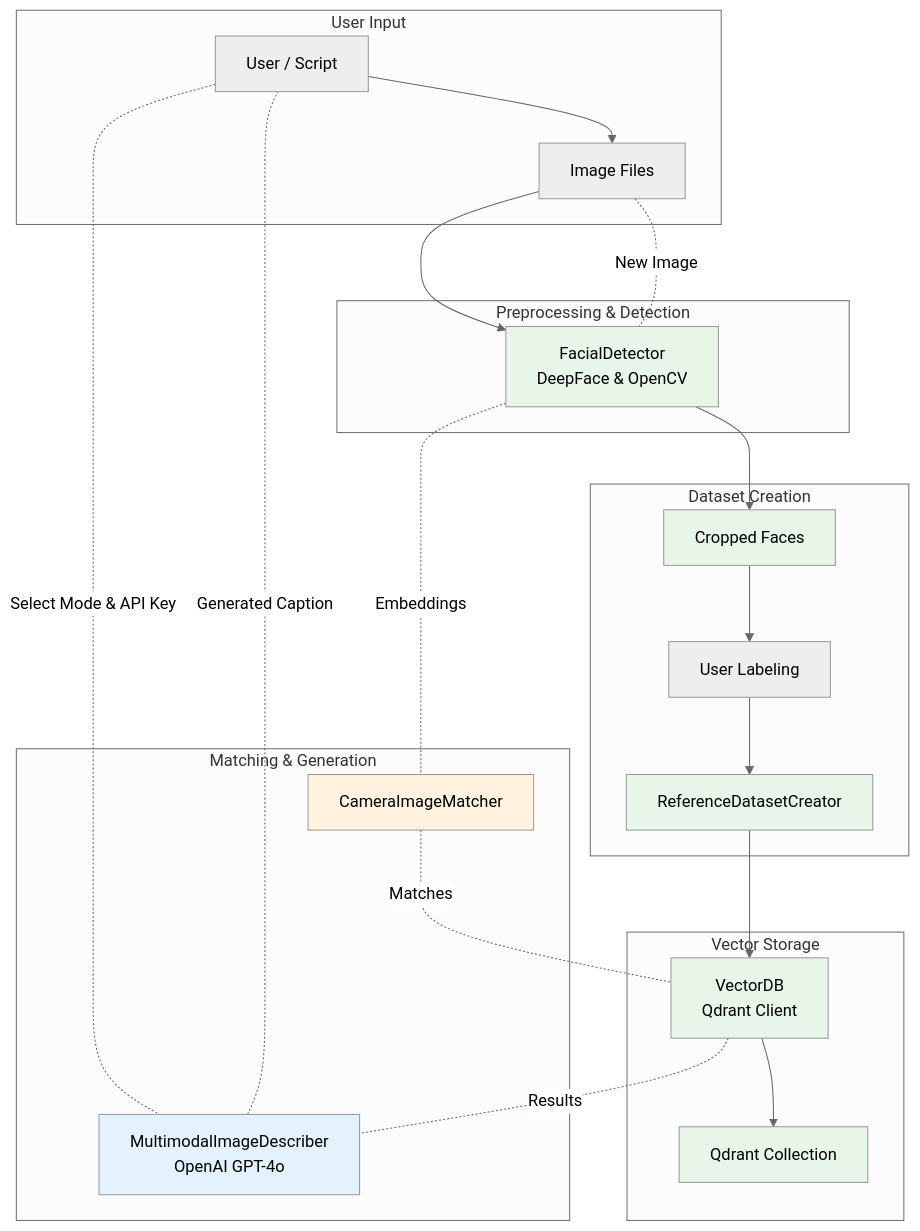
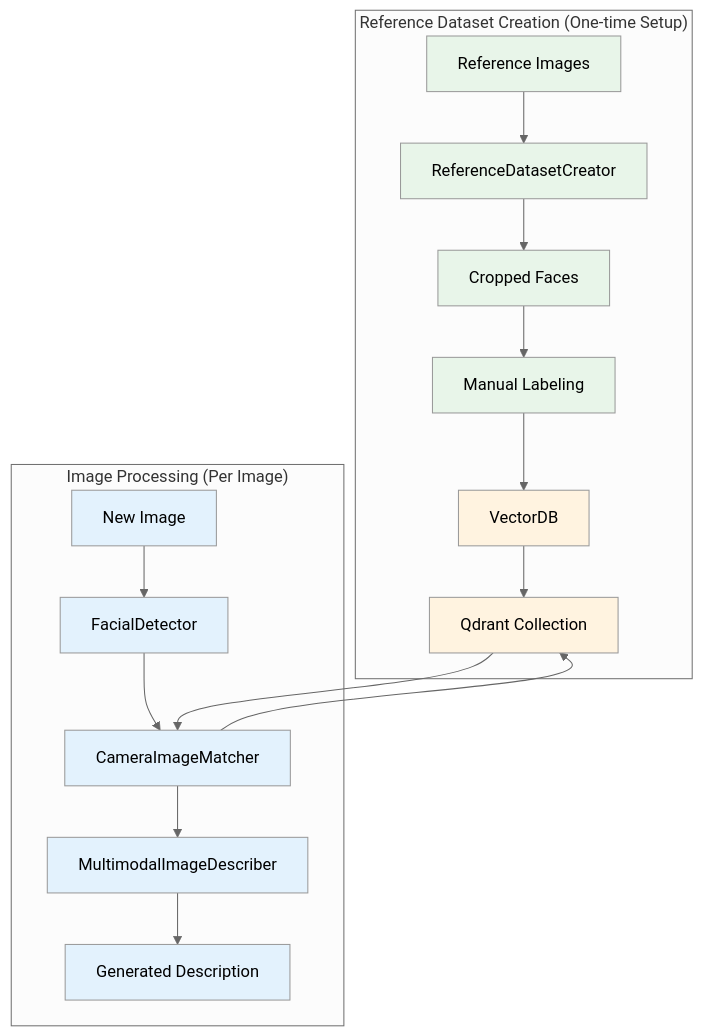
The diagram in README.md (AtishaRajpurohit/multimodal-rag), drawn with Mermaid (neutral theme) before and after one commit. The commit also changed other lines of this file and 1 other file, not shown here.

````diff
--- a/README.md
+++ b/README.md
@@ -58,51 +59,45 @@
 ```mermaid
 graph TB
-    %% Input and pre-processing
-    subgraph "User Input"
-        U[User / Script]
-        I[Image Files]
-    end
-
-    subgraph "Preprocessing & Detection"
-        FD[FacialDetector<br/>DeepFace & OpenCV]
-    end
-
-    subgraph "Dataset Creation"
+    %% Reference Dataset Creation (Independent Workflow)
+    subgraph "Reference Dataset Creation (One-time Setup)"
+        RDC[ReferenceDatasetCreator]
+        RefImages[Reference Images]
         Crops[Cropped Faces]
-        Label[User Labeling]
-        RDC[ReferenceDatasetCreator]
-    end
-
-    subgraph "Vector Storage"
-        VDB[VectorDB<br/>Qdrant Client]
+        Label[Manual Labeling]
+        VDB[VectorDB]
         QD[Qdrant Collection]
     end
 
-    subgraph "Matching & Generation"
+    %% Image Processing Workflow
+    subgraph "Image Processing (Per Image)"
+        NewImage[New Image]
+        FD[FacialDetector]
         CIM[CameraImageMatcher]
-        MID[MultimodalImageDescriber<br/>OpenAI GPT-4o]
+        MID[MultimodalImageDescriber]
+        Result[Generated Description]
     end
 
-    %% Data flows for dataset creation
-    U --> I --> FD
-    FD --> Crops
+    %% Reference dataset flow
+    RefImages --> RDC
+    RDC --> Crops
     Crops --> Label
-    Label --> RDC
-    RDC --> VDB
+    Label --> VDB
     VDB --> QD
 
-    %% Data flows for caption generation
-    I -. New Image .- FD
-    FD -. Embeddings .- CIM
-    CIM -. Matches .- VDB
-    VDB -. Results .- MID
-    U -. Select Mode & API Key .- MID
-    MID -. Generated Caption .- U
+    %% Image processing flow
+    NewImage --> FD
+    FD --> CIM
+    CIM --> QD
+    QD --> CIM
+    CIM --> MID
+    MID --> Result
 
-    classDef processing fill:#e8f5e9;
-    classDef storage fill:#e3f2fd;
-    classDef matching fill:#fff3e0;
-    class FD,Crops,RDC,VDB,QD processing;
-    class MID storage;
-    class CIM matching;
+    %% Styling
+    classDef reference fill:#e8f5e9;
+    classDef processing fill:#e3f2fd;
+    classDef storage fill:#fff3e0;
+    
+    class RDC,RefImages,Crops,Label reference;
+    class NewImage,FD,CIM,MID,Result processing;
+    class VDB,QD storage;
 ```
````
